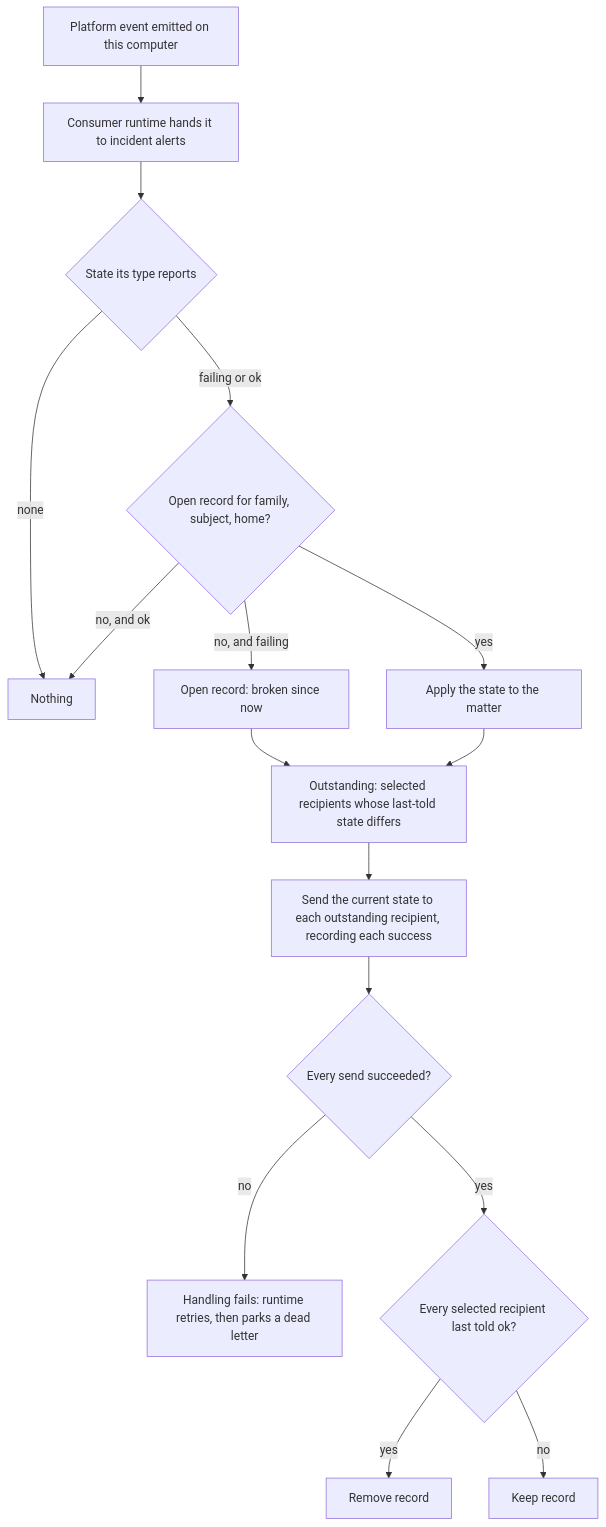
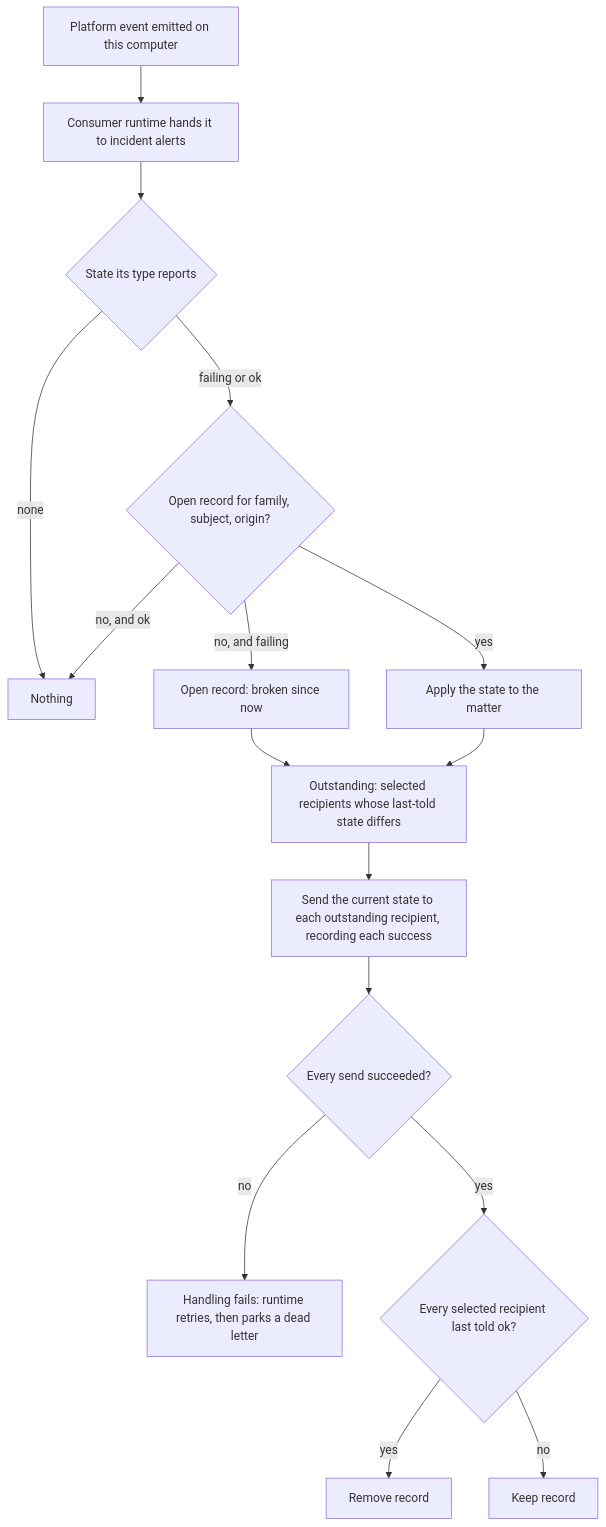
Before and after one commit to InstruktAI/TeleClaude: the diagram in docs/local/design/architecture/notification-delivery.platform-alerts.md, drawn with Mermaid. The commit also changed other lines of this file and 1 other file, not shown here.

First line of the commit message:
docs(notifications): identify an incident's thing by subject within its origin [skip ci]

````diff
--- a/docs/local/design/architecture/notification-delivery.platform-alerts.md
+++ b/docs/local/design/architecture/notification-delivery.platform-alerts.md
@@ -118,18 +119,18 @@
 ```mermaid
 flowchart TD
     E[Platform event emitted on this computer] --> R[Consumer runtime hands it to incident alerts]
     R --> S{State its type reports}
     S -- none --> N[Nothing]
-    S -- failing or ok --> F{Open record for family, subject, home?}
+    S -- failing or ok --> F{Open record for family, subject, origin?}
     F -- no, and ok --> N
     F -- no, and failing --> O[Open record: broken since now]
     F -- yes --> U[Apply the state to the matter]
     O --> W[Outstanding: selected recipients whose last-told state differs]
     U --> W
     W --> D[Send the current state to each outstanding recipient, recording each success]
     D --> G{Every send succeeded?}
     G -- no --> T[Handling fails: runtime retries, then parks a dead letter]
     G -- yes --> X{Every selected recipient last told ok?}
     X -- yes --> Y[Remove record]
     X -- no --> Z[Keep record]
 ```
````
